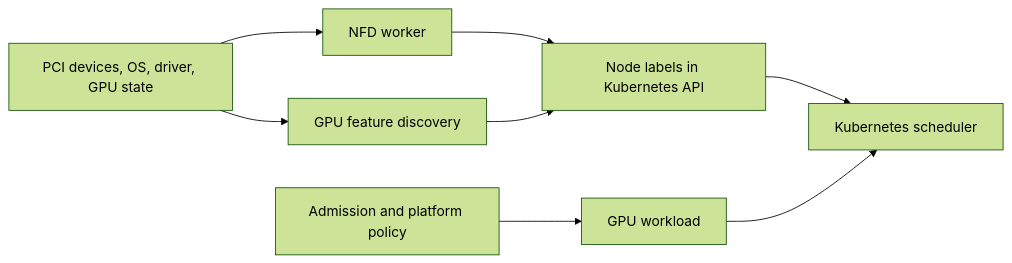
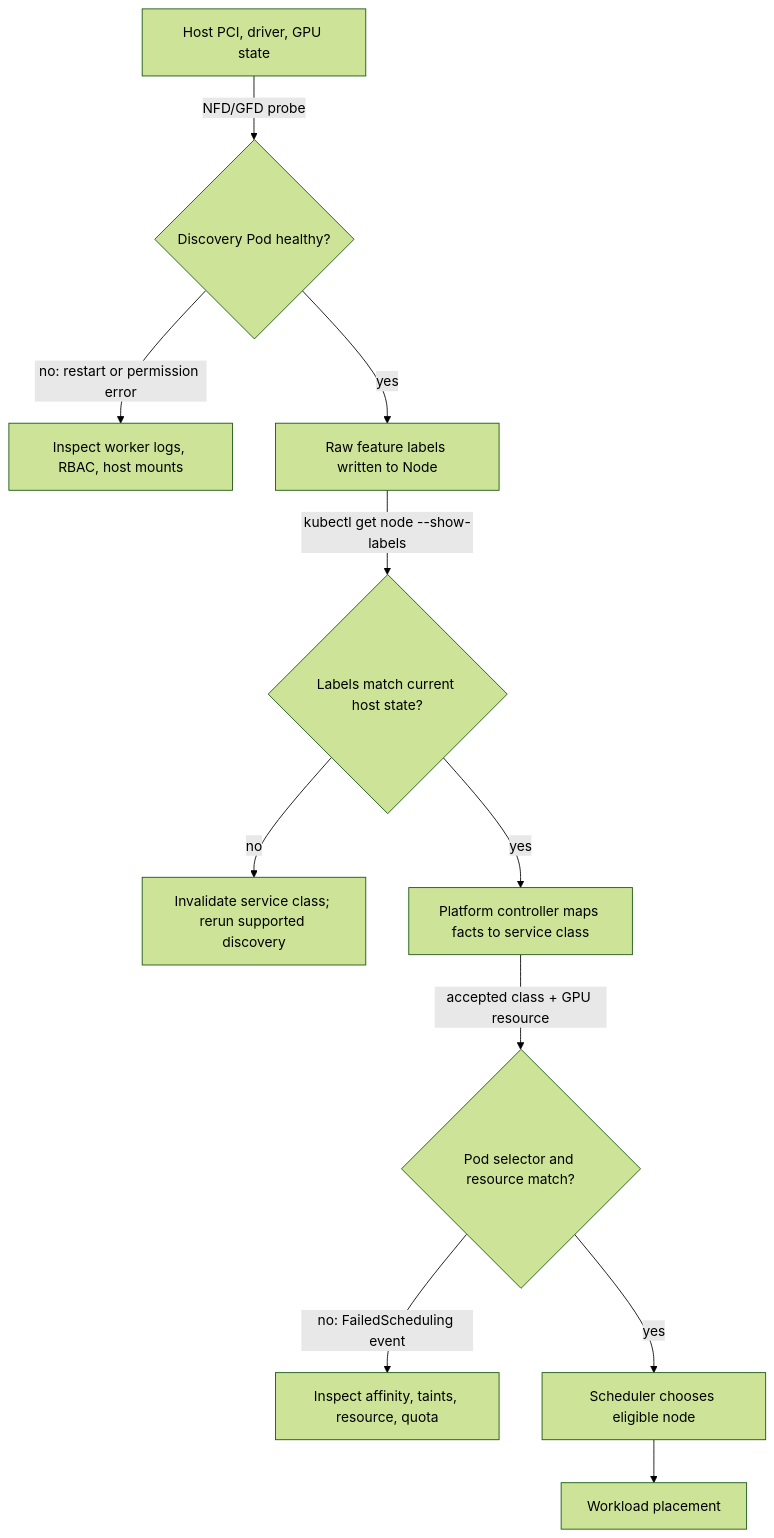
The diagram in docs/nvidia-zero-to-hero/volume-10/chapter-05-node-and-gpu-feature-discovery.md (jithinpnjm/nvidia-devops), drawn with Mermaid (forest theme) before and after one commit. The commit also changed other lines of this file, not shown here.

Commit message:
docs(volume-10): deepen feature discovery evidence and drift diagnosis

````diff
--- a/docs/nvidia-zero-to-hero/volume-10/chapter-05-node-and-gpu-feature-discovery.md
+++ b/docs/nvidia-zero-to-hero/volume-10/chapter-05-node-and-gpu-feature-discovery.md
@@ -32,15 +32,13 @@
 ```mermaid
-flowchart LR
-    Host[PCI devices, OS, driver, GPU state]
-    NFD[NFD worker]
-    GFD[GPU feature discovery]
-    API[Node labels in Kubernetes API]
-    Policy[Admission and platform policy]
-    Scheduler[Kubernetes scheduler]
-    Pod[GPU workload]
-    Host --> NFD --> API
-    Host --> GFD --> API
-    Policy --> Pod
-    API --> Scheduler
-    Pod --> Scheduler
+flowchart TD
+    Host[Host PCI, driver, GPU state] -->|"NFD/GFD probe"| Discover{Discovery Pod healthy?}
+    Discover -->|"no: restart or permission error"| DiscoverFix[Inspect worker logs, RBAC, host mounts]
+    Discover -->|yes| Labels[Raw feature labels written to Node]
+    Labels -->|"kubectl get node --show-labels"| Fresh{Labels match current host state?}
+    Fresh -->|no| DriftFix[Invalidate service class; rerun supported discovery]
+    Fresh -->|yes| Class[Platform controller maps facts to service class]
+    Class -->|"accepted class + GPU resource"| Eligible{Pod selector and resource match?}
+    Eligible -->|no: FailedScheduling event| PolicyFix[Inspect affinity, taints, resource, quota]
+    Eligible -->|yes| Scheduler[Scheduler chooses eligible node]
+    Scheduler --> Workload[Workload placement]
 ```
````
